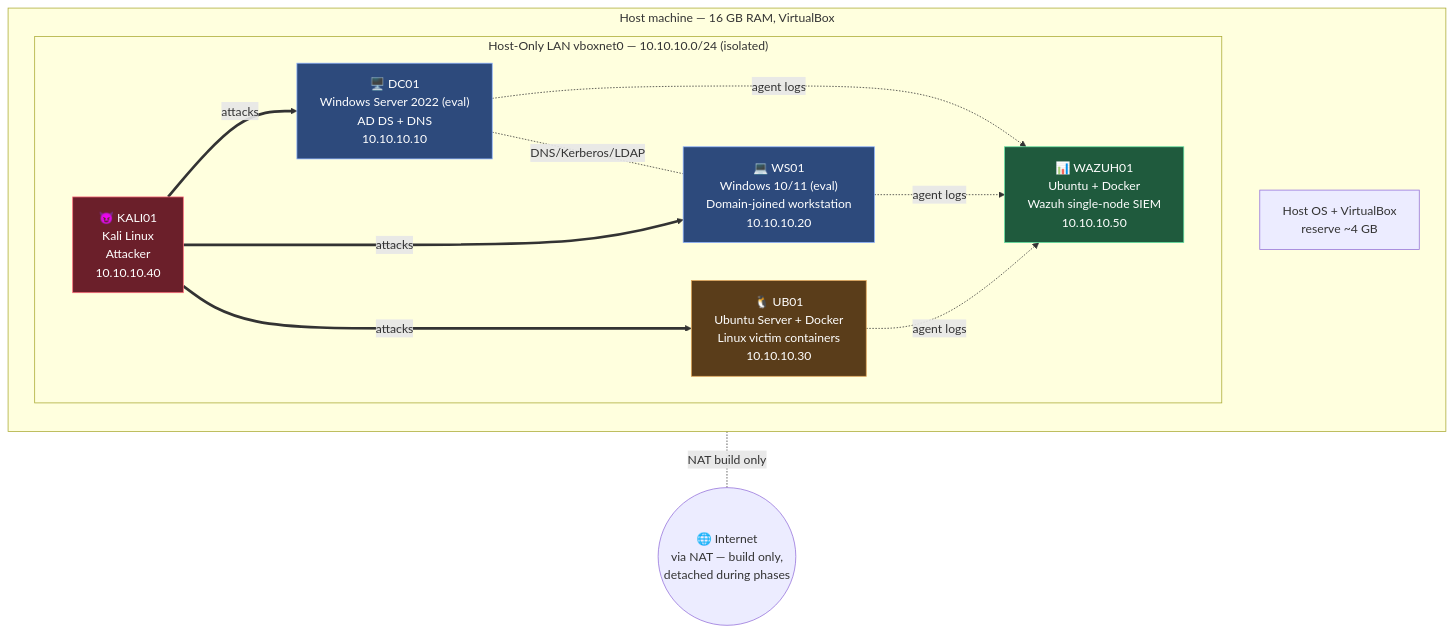
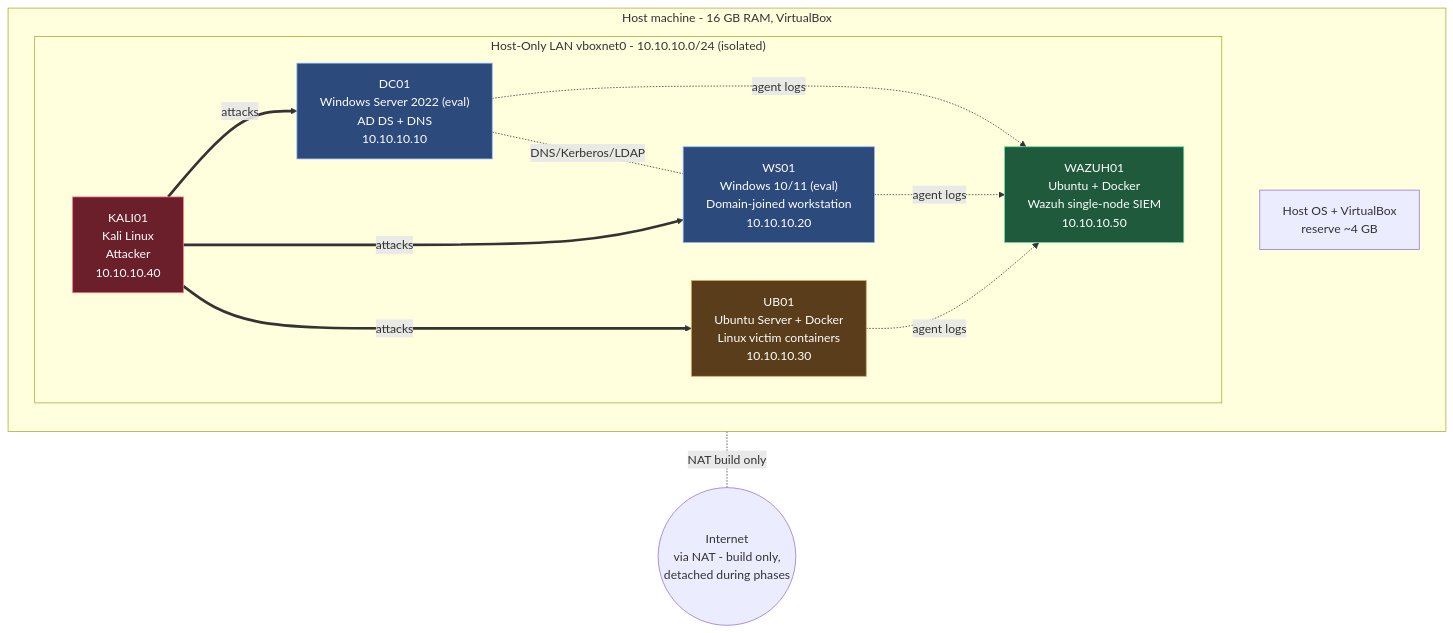
The diagram in docs/architecture.md (manlikefelo/security-homelab), drawn with Mermaid before and after one commit. The commit also changed other lines of this file and 14 other files, not shown here.

````diff
--- a/docs/architecture.md
+++ b/docs/architecture.md
@@ -27,34 +27,34 @@
 ```mermaid
 flowchart TB
-    subgraph HOST["Host machine — 16 GB RAM, VirtualBox"]
+    subgraph HOST["Host machine - 16 GB RAM, VirtualBox"]
         direction TB
-        subgraph LAB["Host-Only LAN  vboxnet0 — 10.10.10.0/24 (isolated)"]
-            DC["🖥️ DC01<br/>Windows Server 2022 (eval)<br/>AD DS + DNS<br/>10.10.10.10"]
-            WS["💻 WS01<br/>Windows 10/11 (eval)<br/>Domain-joined workstation<br/>10.10.10.20"]
-            UB["🐧 UB01<br/>Ubuntu Server + Docker<br/>Linux victim containers<br/>10.10.10.30"]
-            KALI["😈 KALI01<br/>Kali Linux<br/>Attacker<br/>10.10.10.40"]
-            WAZUH["📊 WAZUH01<br/>Ubuntu + Docker<br/>Wazuh single-node SIEM<br/>10.10.10.50"]
+        subgraph LAB["Host-Only LAN  vboxnet0 - 10.10.10.0/24 (isolated)"]
+            DC["DC01<br/>Windows Server 2022 (eval)<br/>AD DS + DNS<br/>10.10.10.10"]
+            WS["WS01<br/>Windows 10/11 (eval)<br/>Domain-joined workstation<br/>10.10.10.20"]
+            UB["UB01<br/>Ubuntu Server + Docker<br/>Linux victim containers<br/>10.10.10.30"]
+            KALI["KALI01<br/>Kali Linux<br/>Attacker<br/>10.10.10.40"]
+            WAZUH["WAZUH01<br/>Ubuntu + Docker<br/>Wazuh single-node SIEM<br/>10.10.10.50"]
         end
         HOSTOS["Host OS + VirtualBox<br/>reserve ~4 GB"]
     end
 
-    NET(("🌐 Internet<br/>via NAT — build only,<br/>detached during phases"))
+    NET(("Internet<br/>via NAT - build only,<br/>detached during phases"))
 
     DC -.DNS/Kerberos/LDAP.- WS
     KALI ==attacks==> DC
     KALI ==attacks==> WS
     KALI ==attacks==> UB
     DC -.agent logs.-> WAZUH
     WS -.agent logs.-> WAZUH
     UB -.agent logs.-> WAZUH
     LAB -. NAT build only .- NET
 
     classDef win fill:#2d4a7c,stroke:#8fb4ff,color:#fff
     classDef lin fill:#5a3d1a,stroke:#e0a458,color:#fff
     classDef atk fill:#6b1f2a,stroke:#ff6b7a,color:#fff
     classDef sim fill:#1f5a3d,stroke:#5fe0a0,color:#fff
     class DC,WS win
     class UB lin
     class KALI atk
     class WAZUH sim
 ```
````
